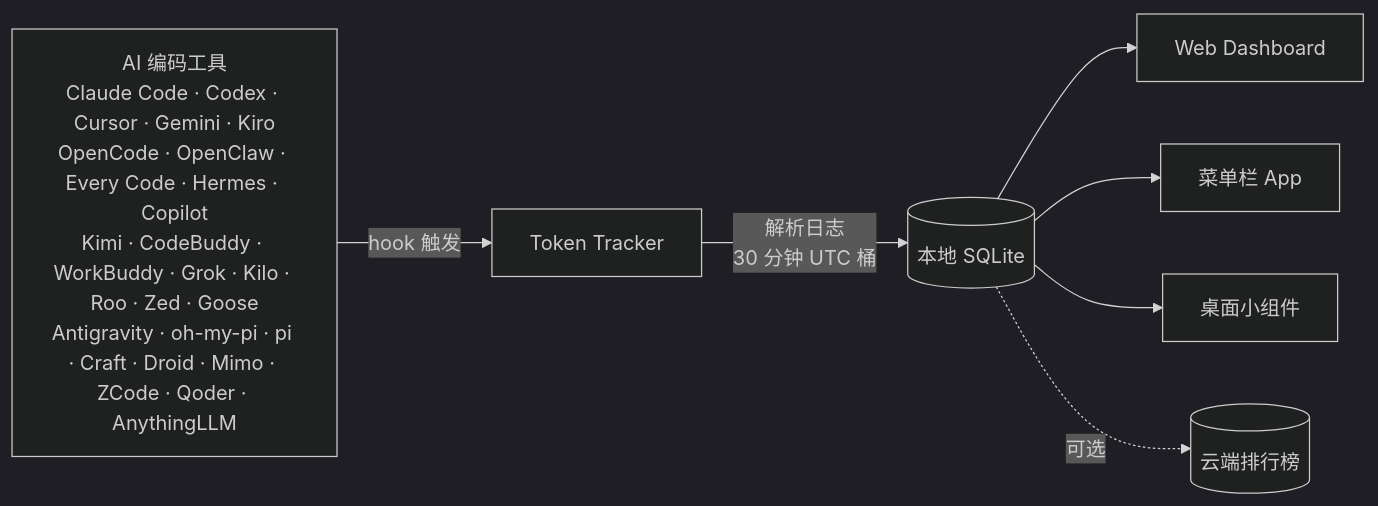
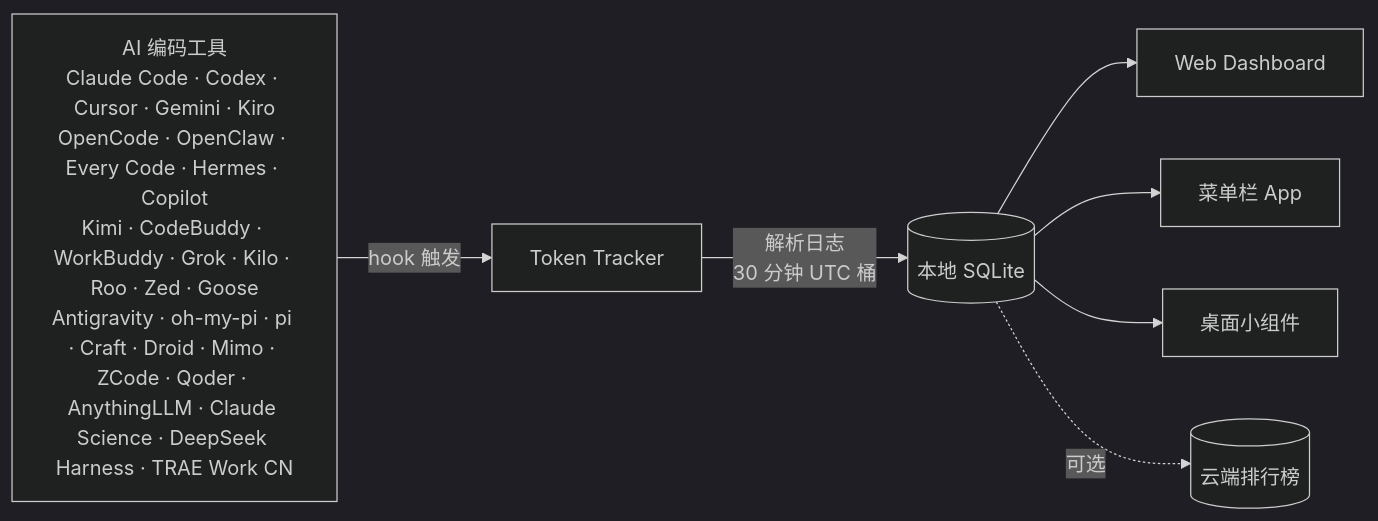
Before and after one commit to CrazyForks/TokenTracker: the diagram in README.zh-CN.md, drawn with Mermaid (dark theme). The commit also changed other lines of this file and 43 other files, not shown here.

First line of the commit message:
feat: 支持 TRAE Work CN Token 统计 (#474)

````diff
--- a/README.zh-CN.md
+++ b/README.zh-CN.md
@@ -233,10 +234,10 @@
 ```mermaid
 flowchart LR
-    A["AI 编码工具<br/>Claude Code · Codex · Cursor · Gemini · Kiro<br/>OpenCode · OpenClaw · Every Code · Hermes · Copilot<br/>Kimi · CodeBuddy · WorkBuddy · Grok · Kilo · Roo · Zed · Goose<br/>Antigravity · oh-my-pi · pi · Craft · Droid · Mimo · ZCode · Qoder · AnythingLLM"]
+    A["AI 编码工具<br/>Claude Code · Codex · Cursor · Gemini · Kiro<br/>OpenCode · OpenClaw · Every Code · Hermes · Copilot<br/>Kimi · CodeBuddy · WorkBuddy · Grok · Kilo · Roo · Zed · Goose<br/>Antigravity · oh-my-pi · pi · Craft · Droid · Mimo · ZCode · Qoder · AnythingLLM · Claude Science · DeepSeek Harness · TRAE Work CN"]
     A -->|hook 触发| B[Token Tracker]
     B -->|解析日志<br/>30 分钟 UTC 桶| C[(本地 SQLite)]
     C --> D[Web Dashboard]
     C --> E[菜单栏 App]
     C --> F[桌面小组件]
     C -.->|可选| G[(云端排行榜)]
 ```
````
